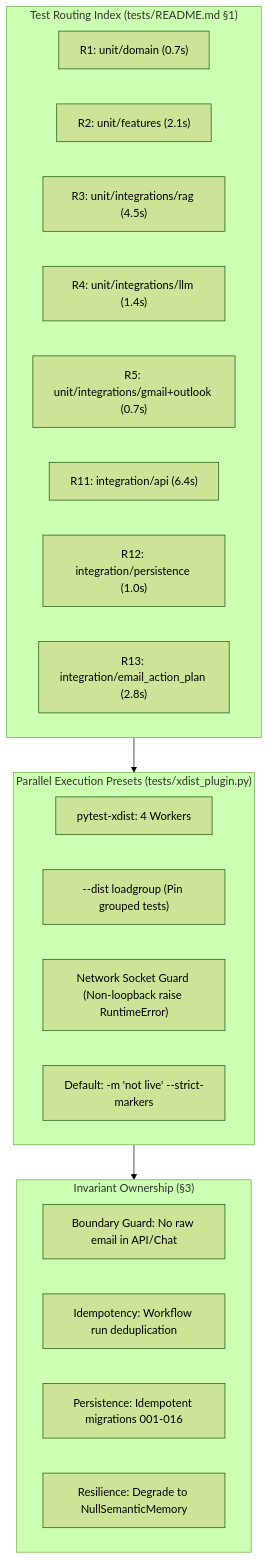
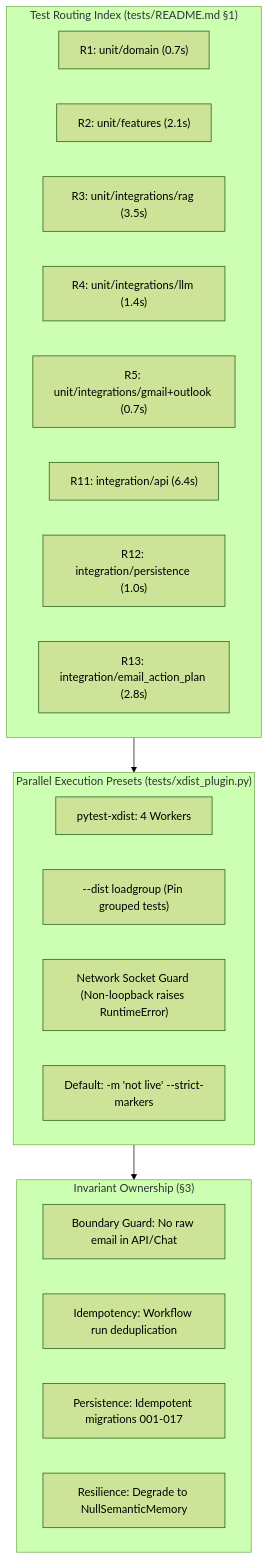
The fourth of 8 diagrams in docs/guides/SOFTWARE-DEVELOPMENT-CYCLE.md (MathematicGuy/EMAIL-AGENT-v1), drawn with Mermaid (forest theme) before and after one commit. The commit also changed other lines of this file and 6 other files, not shown here.

Commit message:
docs: sync overall architecture with C4 model in SDLC guide and README

````diff
--- a/docs/guides/SOFTWARE-DEVELOPMENT-CYCLE.md
+++ b/docs/guides/SOFTWARE-DEVELOPMENT-CYCLE.md
@@ -243,30 +313,30 @@
 ```mermaid
 flowchart TB
     subgraph HARNESS["Test Routing Index (tests/README.md §1)"]
         R1["R1: unit/domain (0.7s)"]
         R2["R2: unit/features (2.1s)"]
-        R3["R3: unit/integrations/rag (4.5s)"]
+        R3["R3: unit/integrations/rag (3.5s)"]
         R4["R4: unit/integrations/llm (1.4s)"]
         R5["R5: unit/integrations/gmail+outlook (0.7s)"]
         R11["R11: integration/api (6.4s)"]
         R12["R12: integration/persistence (1.0s)"]
         R13["R13: integration/email_action_plan (2.8s)"]
     end
 
     subgraph EXECUTION["Parallel Execution Presets (tests/xdist_plugin.py)"]
         XDIST["pytest-xdist: 4 Workers"]
         LOADGROUP["--dist loadgroup (Pin grouped tests)"]
-        SOCKET_GUARD["Network Socket Guard (Non-loopback raise RuntimeError)"]
+        SOCKET_GUARD["Network Socket Guard (Non-loopback raises RuntimeError)"]
         MARKER_FILTER["Default: -m 'not live' --strict-markers"]
     end
 
     subgraph OWNERSHIP["Invariant Ownership (§3)"]
         OWN_EMAIL["Boundary Guard: No raw email in API/Chat"]
         OWN_IDEM["Idempotency: Workflow run deduplication"]
-        OWN_PG["Persistence: Idempotent migrations 001-016"]
+        OWN_PG["Persistence: Idempotent migrations 001-017"]
         OWN_DEG["Resilience: Degrade to NullSemanticMemory"]
     end
 
     HARNESS --> EXECUTION
     EXECUTION --> OWNERSHIP
 ```
````
